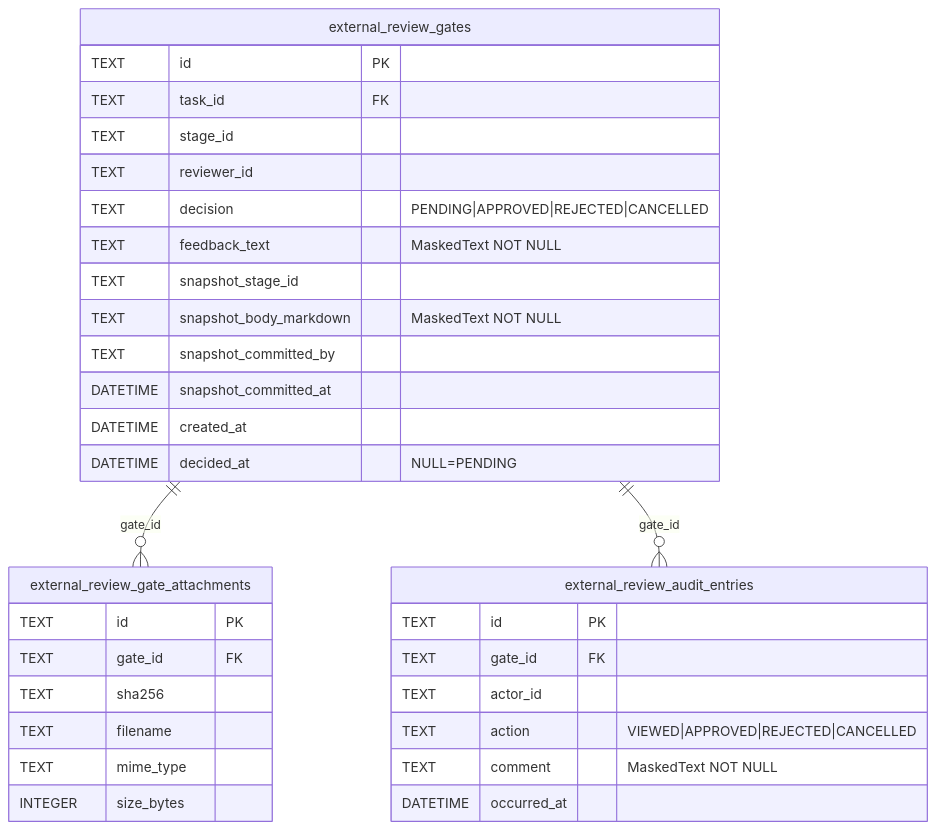
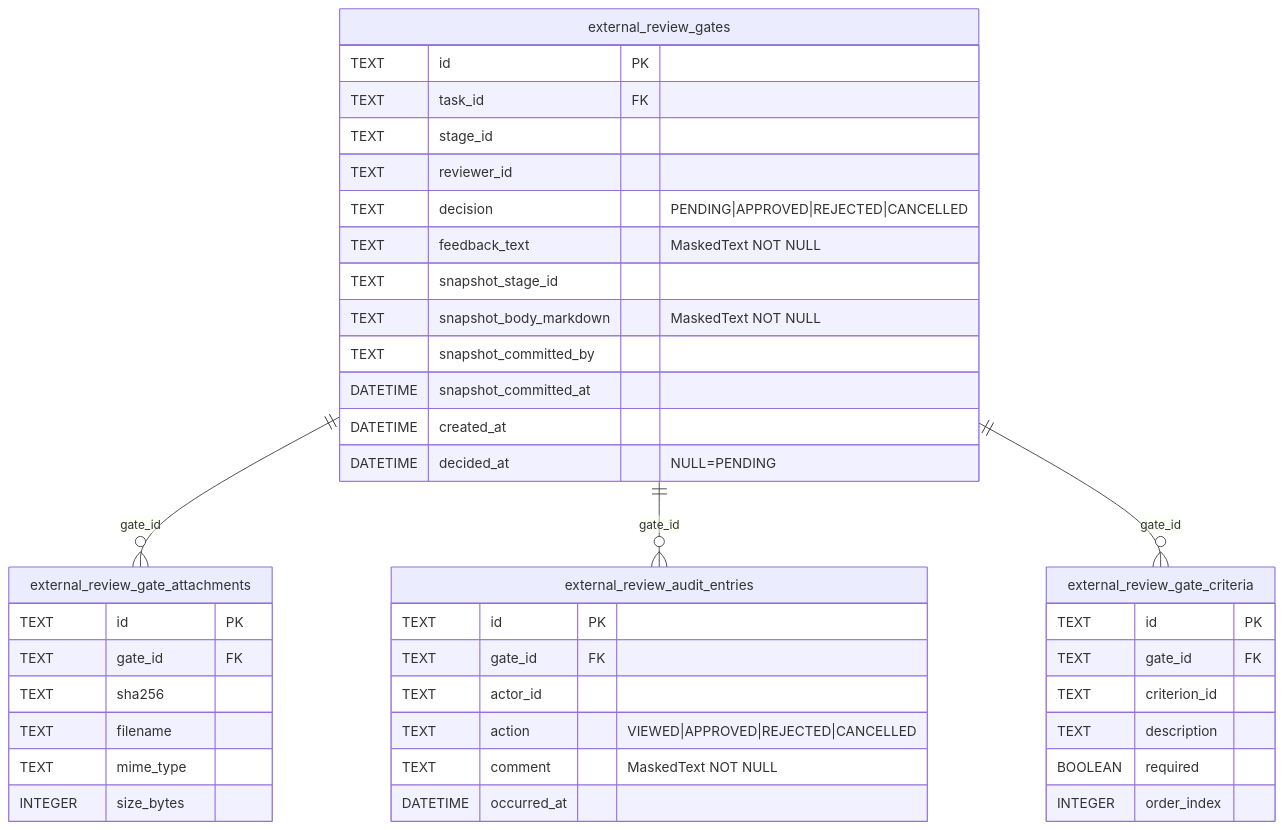
One commit to bakufu-dev/bakufu changed the third of 3 diagrams in docs/features/external-review-gate/http-api/basic-design.md. Above: the diagram before and after it, drawn with Mermaid. The commit also changed other lines of this file and 9 other files, not shown here.

First line of the commit message:
docs(#121): ExternalReviewGate に required_deliverable_criteria snapshot を追加

````diff
--- a/docs/features/external-review-gate/http-api/basic-design.md
+++ b/docs/features/external-review-gate/http-api/basic-design.md
@@ -403,35 +411,45 @@
 ```mermaid
 erDiagram
     external_review_gates {
         TEXT id PK
         TEXT task_id FK
         TEXT stage_id
         TEXT reviewer_id
         TEXT decision "PENDING|APPROVED|REJECTED|CANCELLED"
         TEXT feedback_text "MaskedText NOT NULL"
         TEXT snapshot_stage_id
         TEXT snapshot_body_markdown "MaskedText NOT NULL"
         TEXT snapshot_committed_by
         DATETIME snapshot_committed_at
         DATETIME created_at
         DATETIME decided_at "NULL=PENDING"
     }
     external_review_gate_attachments {
         TEXT id PK
         TEXT gate_id FK
         TEXT sha256
         TEXT filename
         TEXT mime_type
         INTEGER size_bytes
     }
     external_review_audit_entries {
         TEXT id PK
         TEXT gate_id FK
         TEXT actor_id
         TEXT action "VIEWED|APPROVED|REJECTED|CANCELLED"
         TEXT comment "MaskedText NOT NULL"
         DATETIME occurred_at
     }
+    external_review_gate_criteria {
+        TEXT id PK
+        TEXT gate_id FK
+        TEXT criterion_id
+        TEXT description
+        BOOLEAN required
+        INTEGER order_index
+    }
+
     external_review_gates ||--o{ external_review_gate_attachments : "gate_id"
     external_review_gates ||--o{ external_review_audit_entries : "gate_id"
+    external_review_gates ||--o{ external_review_gate_criteria : "gate_id"
 ```
````
